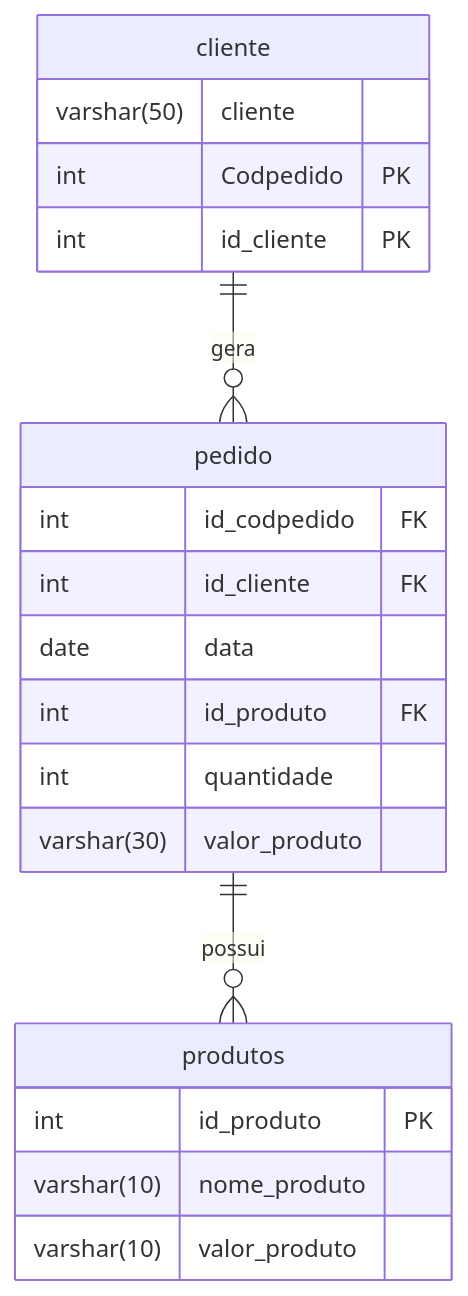
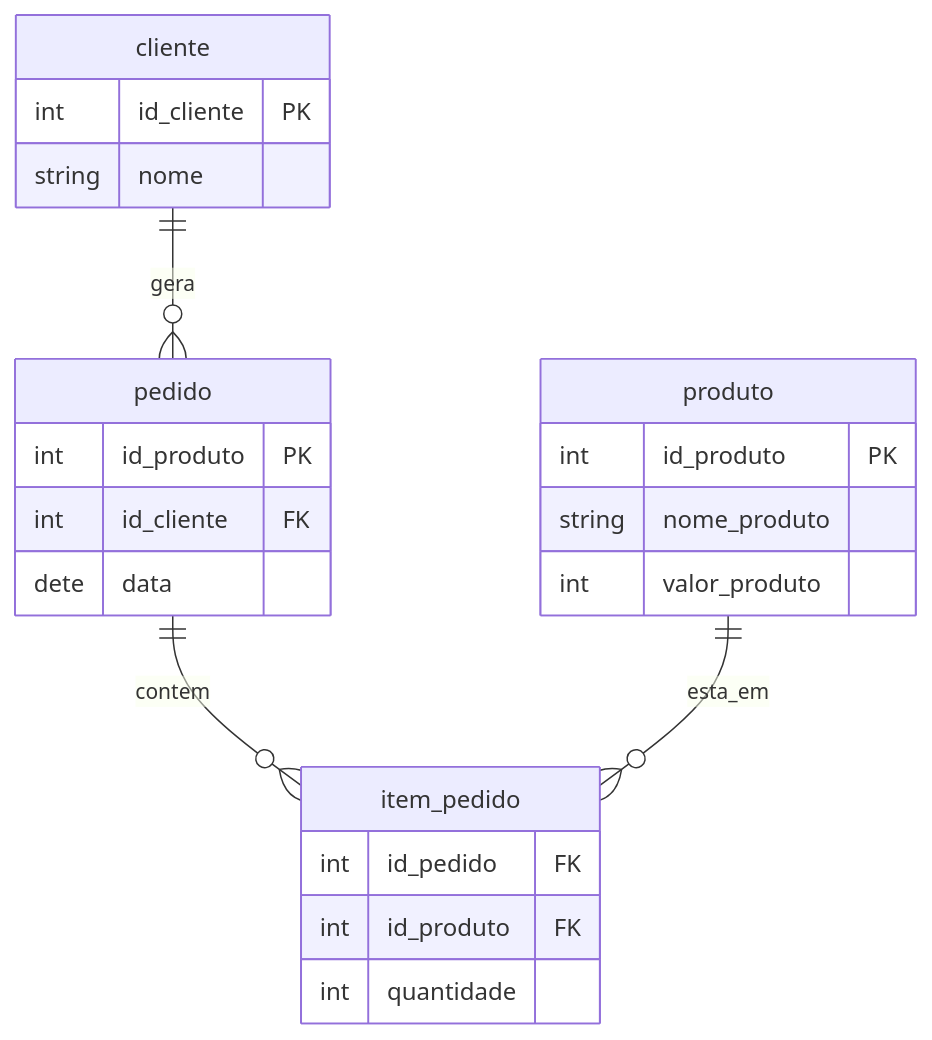
Before and after one commit to joaorbm09/banco_de_dados: the diagram in exercicios/ex3.md, drawn with Mermaid. The commit also changed 3 other files, not shown here.

````diff
--- a/exercicios/ex3.md
+++ b/exercicios/ex3.md
@@ -1,25 +1,27 @@
 ```mermaid
     erDiagram
         cliente{
-            varshar(50) cliente 
-            int Codpedido PK 
             int id_cliente PK 
+            string nome
         }
-        produtos{
+        pedido{
             int id_produto PK
-            varshar(10) nome_produto 
-            varshar(10) valor_produto 
+            int id_cliente FK
+            dete data
 
         }
-        pedido{
-            int id_codpedido FK
-            int id_cliente FK 
-            date data 
-            int id_produto FK 
-            int quantidade 
-            varshar(30) valor_produto 
-          
+        produto{
+            int id_produto PK
+            string nome_produto
+            int valor_produto
         }
-cliente ||--o{ pedido:"gera"
-pedido||--o{produtos :"possui"
+        item_pedido{
+            int id_pedido FK
+            int id_produto FK
+            int quantidade
+        }
+
+cliente ||--o{ pedido :"gera"
+pedido||--o{ item_pedido :"contem"
+produto ||--o{item_pedido : "esta_em"
 ```
````
